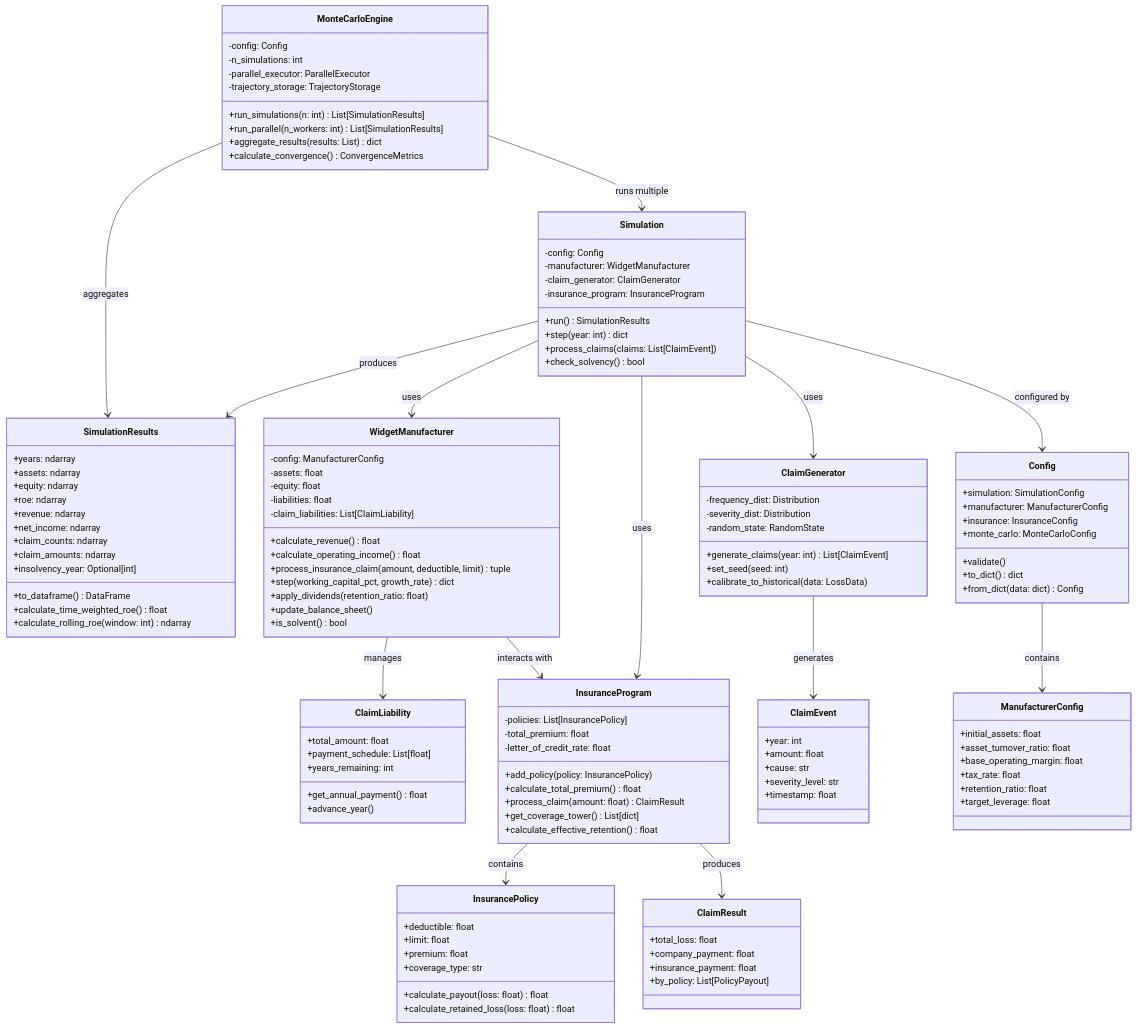
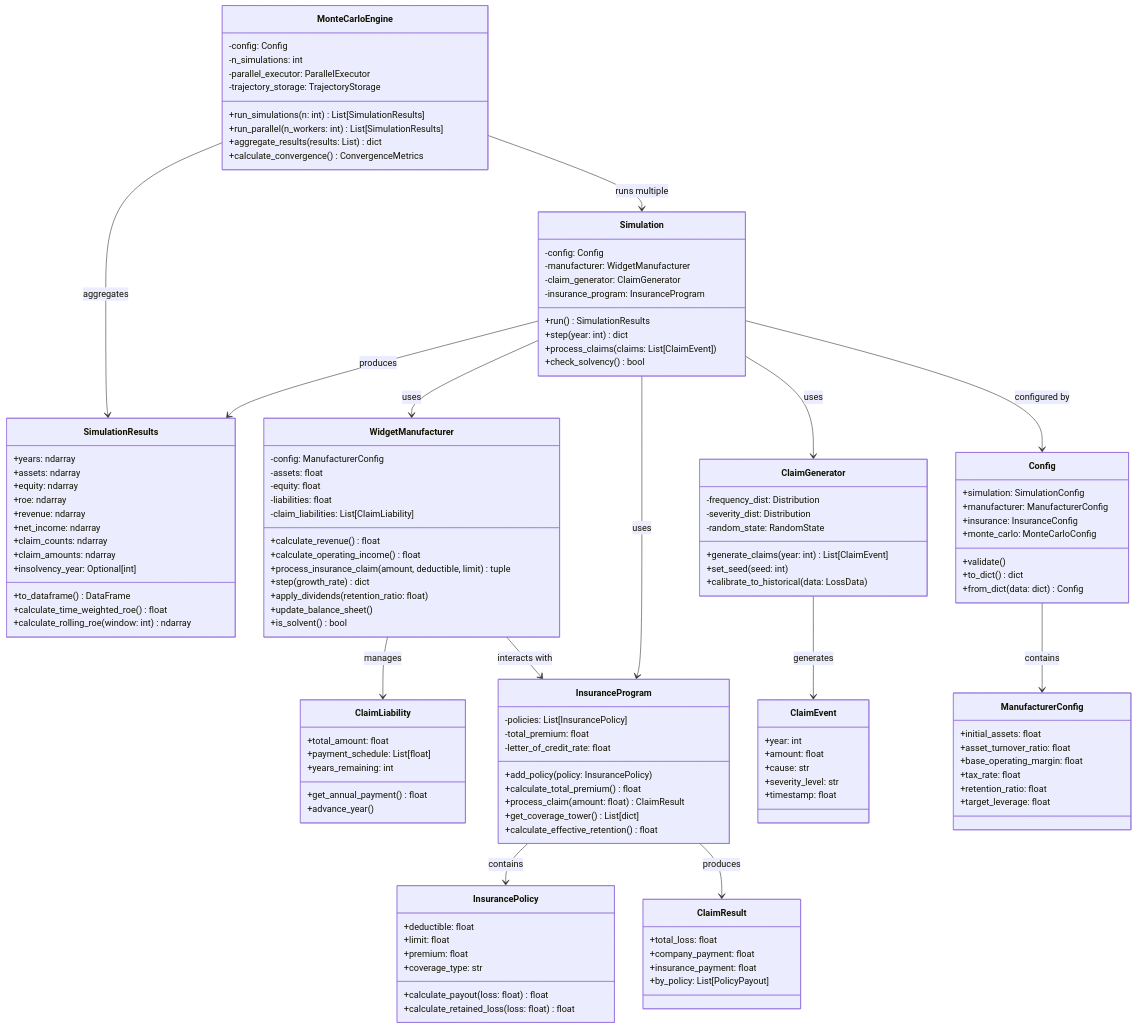
Before and after one commit to AlexFiliakov/Ergodic-Insurance-Limits: the first of 2 diagrams in ergodic_insurance/docs/architecture/class_diagrams/core_classes.md, drawn with Mermaid. The commit also changed 21 other files, not shown here.

First line of the commit message:
Fix: Remove working capital double-counting in revenue calculation (#244) (#252)

```diff
--- a/ergodic_insurance/docs/architecture/class_diagrams/core_classes.md
+++ b/ergodic_insurance/docs/architecture/class_diagrams/core_classes.md
@@ -52,7 +52,7 @@
         +calculate_revenue() float
         +calculate_operating_income() float
         +process_insurance_claim(amount, deductible, limit) tuple
-        +step(working_capital_pct, growth_rate) dict
+        +step(growth_rate) dict
         +apply_dividends(retention_ratio: float)
         +update_balance_sheet()
         +is_solvent() bool
```
